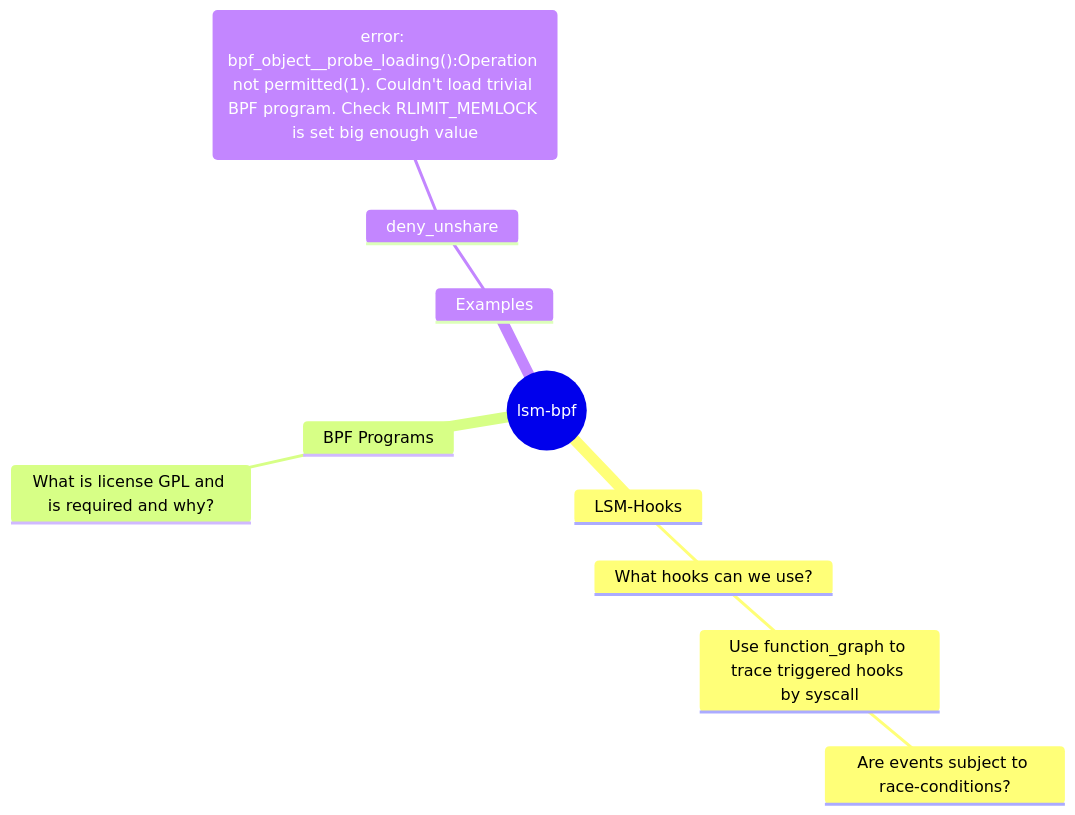
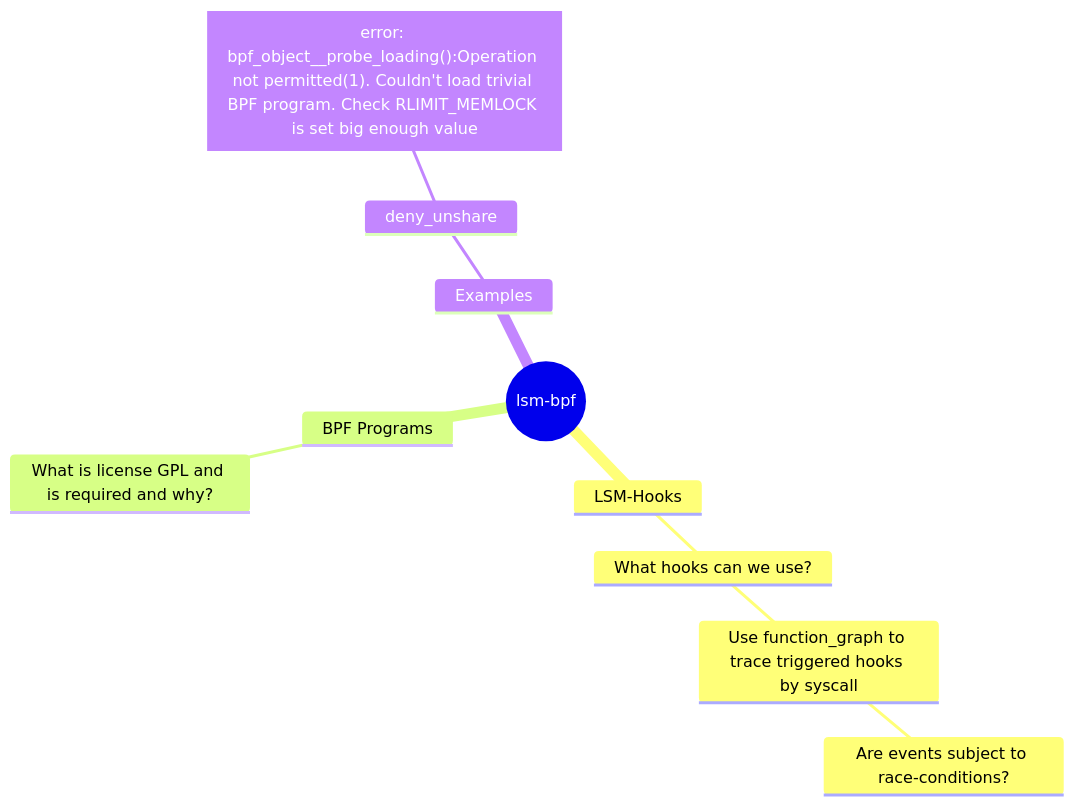
One commit to Turbodunker/lsm-bpf changed the diagram in Questions:.md. Above: the diagram before and after it, drawn with Mermaid.

Commit message:
Updated Questions: (markdown)

````diff
--- a/Questions:.md
+++ b/Questions:.md
@@ -6,14 +6,14 @@
 ``` mermaid
     mindmap
         root((lsm-bpf))
             LSM-Hooks
                 What hooks can we use?
                     Use function_graph to trace triggered hooks by syscall
                         Are events subject to race-conditions?
             BPF Programs
                 What is license GPL and is required and why?
             Examples
                 deny_unshare
-                    id1("error: bpf_object__probe_loading\(\):Operation not permitted(1). Couldn't load trivial BPF program. Check RLIMIT_MEMLOCK is set big enough value")
+                    id1["error: bpf_object__probe_loading\(\):Operation not permitted(1). Couldn't load trivial BPF program. Check RLIMIT_MEMLOCK is set big enough value"]
 
 ```
````
